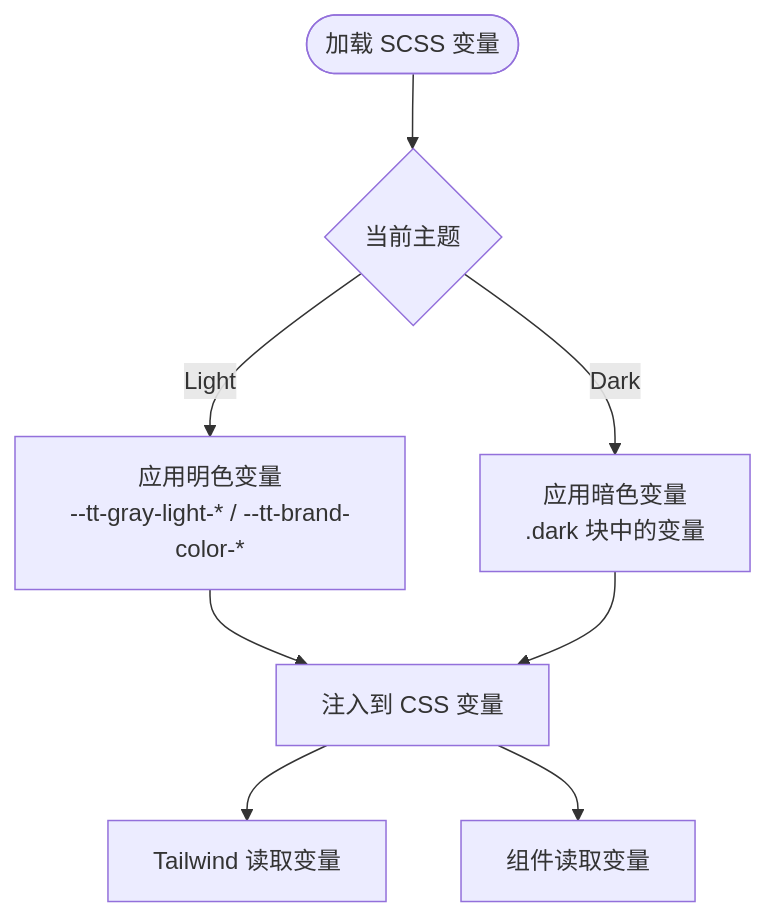
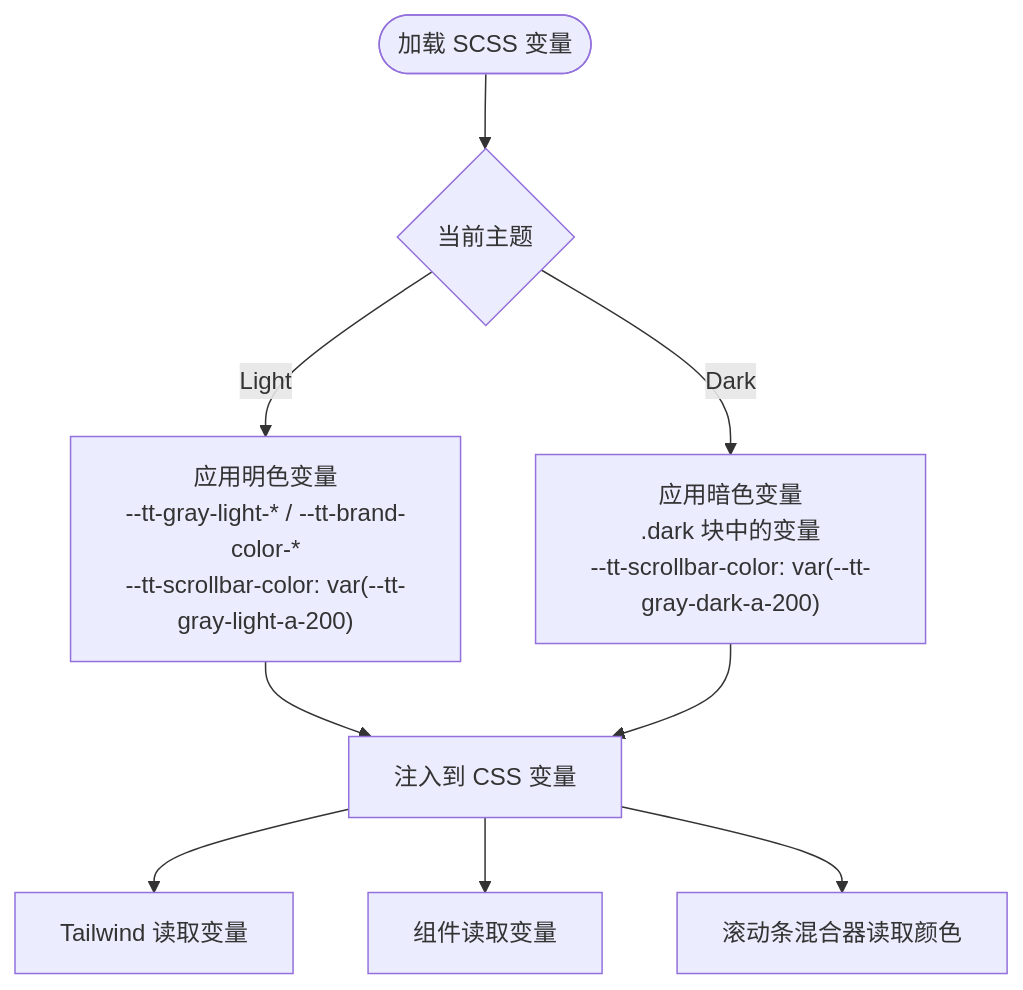
One commit to KunLabAI/KunFlix changed the fourth of 10 diagrams in .qoder/repowiki/zh/content/前端应用架构/UI组件库/主题与样式系统.md. Above: the diagram before and after it, drawn with Mermaid. The commit also changed other lines of this file and 15 other files, not shown here.

````diff
--- a/.qoder/repowiki/zh/content/前端应用架构/UI组件库/主题与样式系统.md
+++ b/.qoder/repowiki/zh/content/前端应用架构/UI组件库/主题与样式系统.md
@@ -208,10 +221,11 @@
 ```mermaid
 flowchart TD
 Start(["加载 SCSS 变量"]) --> Mode{"当前主题"}
-Mode --> |Light| ApplyLight["应用明色变量<br/>--tt-gray-light-* / --tt-brand-color-*"]
-Mode --> |Dark| ApplyDark["应用暗色变量<br/>.dark 块中的变量"]
+Mode --> |Light| ApplyLight["应用明色变量<br/>--tt-gray-light-* / --tt-brand-color-*<br/>--tt-scrollbar-color: var(--tt-gray-light-a-200)"]
+Mode --> |Dark| ApplyDark["应用暗色变量<br/>.dark 块中的变量<br/>--tt-scrollbar-color: var(--tt-gray-dark-a-200)"]
 ApplyLight --> Tokens["注入到 CSS 变量"]
 ApplyDark --> Tokens
 Tokens --> Tailwind["Tailwind 读取变量"]
 Tokens --> Components["组件读取变量"]
+Tokens --> Scrollbar["滚动条混合器读取颜色"]
 ```
````
